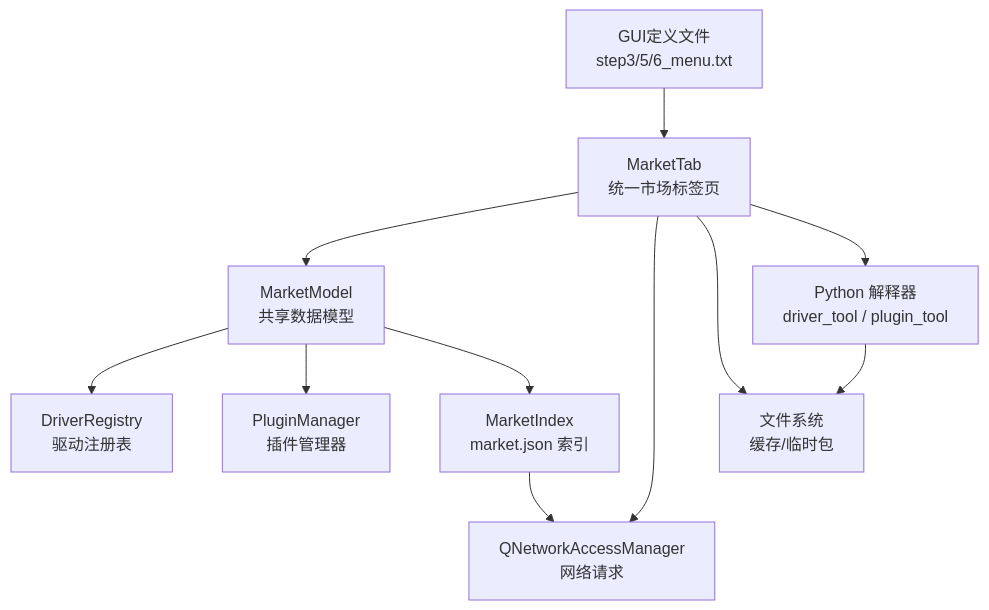
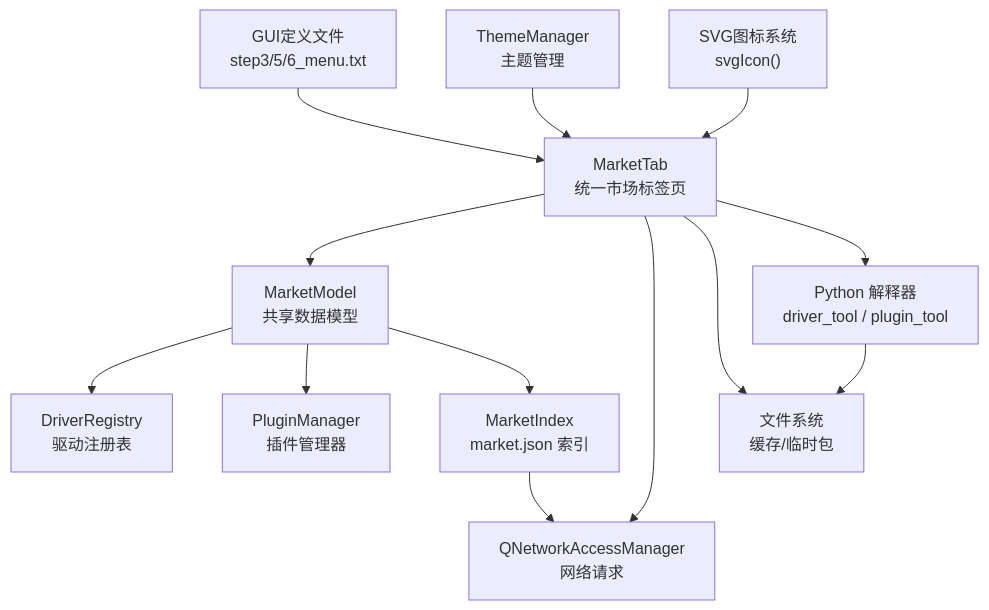
The first of 3 diagrams in .qoder/repowiki/zh/content/架构设计/UI系统设计/统一市场标签页系统.md (jakecai1225-design/OpenBus), drawn with Mermaid before and after one commit. The commit also changed other lines of this file and 5 other files, not shown here.

````diff
--- a/.qoder/repowiki/zh/content/架构设计/UI系统设计/统一市场标签页系统.md
+++ b/.qoder/repowiki/zh/content/架构设计/UI系统设计/统一市场标签页系统.md
@@ -63,13 +66,15 @@
 ```mermaid
 graph TB
 UI["MarketTab<br/>统一市场标签页"] --> MM["MarketModel<br/>共享数据模型"]
 MM --> DR["DriverRegistry<br/>驱动注册表"]
 MM --> PM["PluginManager<br/>插件管理器"]
 MM --> MI["MarketIndex<br/>market.json 索引"]
 UI --> NET["QNetworkAccessManager<br/>网络请求"]
 UI --> FS["文件系统<br/>缓存/临时包"]
 MI --> NET
 UI --> PY["Python 解释器<br/>driver_tool / plugin_tool"]
 PY --> FS
 GP["GUI定义文件<br/>step3/5/6_menu.txt"] --> UI
+TM["ThemeManager<br/>主题管理"] --> UI
+SVG["SVG图标系统<br/>svgIcon()"] --> UI
 ```
````
